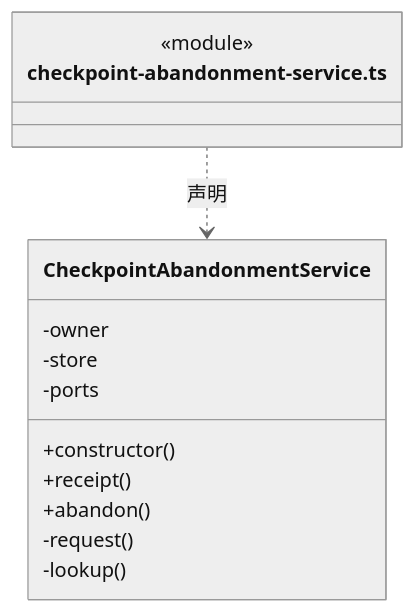
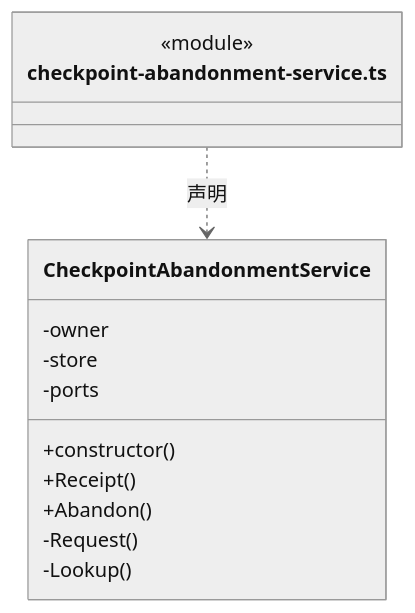
The second of 16 diagrams in src/logic/team/runtime/ARCHITECTURE.md (nan023062/cbim), drawn with Mermaid (neutral theme) before and after one commit. The commit also changed other lines of this file and 1035 other files, not shown here.

````diff
--- a/src/logic/team/runtime/ARCHITECTURE.md
+++ b/src/logic/team/runtime/ARCHITECTURE.md
@@ -43,17 +43,17 @@
 ```mermaid
 classDiagram
 class N_src_logic_team_runtime_checkpoint_abandonment_service_ts["checkpoint-abandonment-service.ts"] {
   <<module>>
 }
 class N_src_logic_team_runtime_checkpoint_abandonment_service_ts_CheckpointAbandonmentService["CheckpointAbandonmentService"] {
   +constructor()
-  +receipt()
-  +abandon()
+  +Receipt()
+  +Abandon()
   -owner
   -store
   -ports
-  -request()
-  -lookup()
+  -Request()
+  -Lookup()
 }
 N_src_logic_team_runtime_checkpoint_abandonment_service_ts ..> N_src_logic_team_runtime_checkpoint_abandonment_service_ts_CheckpointAbandonmentService : 声明
 ```
````
